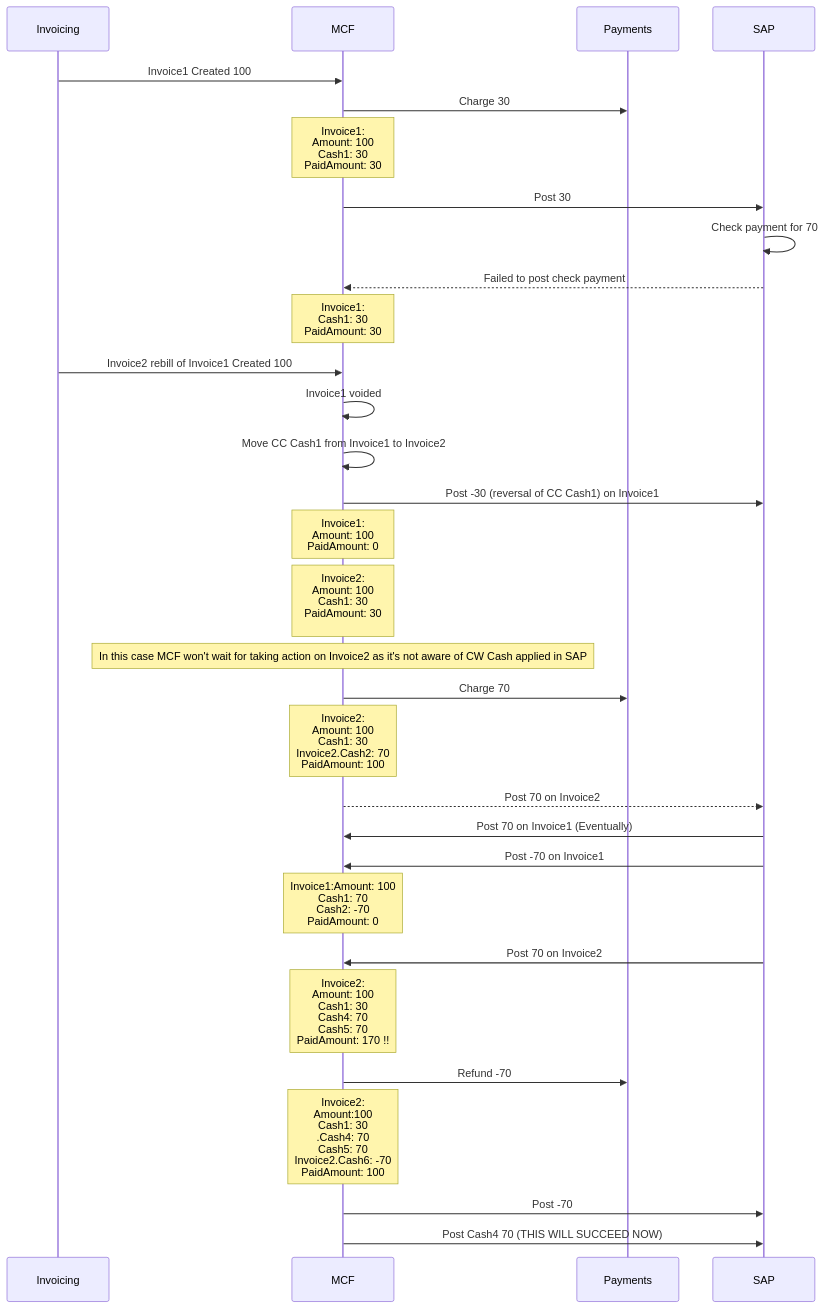
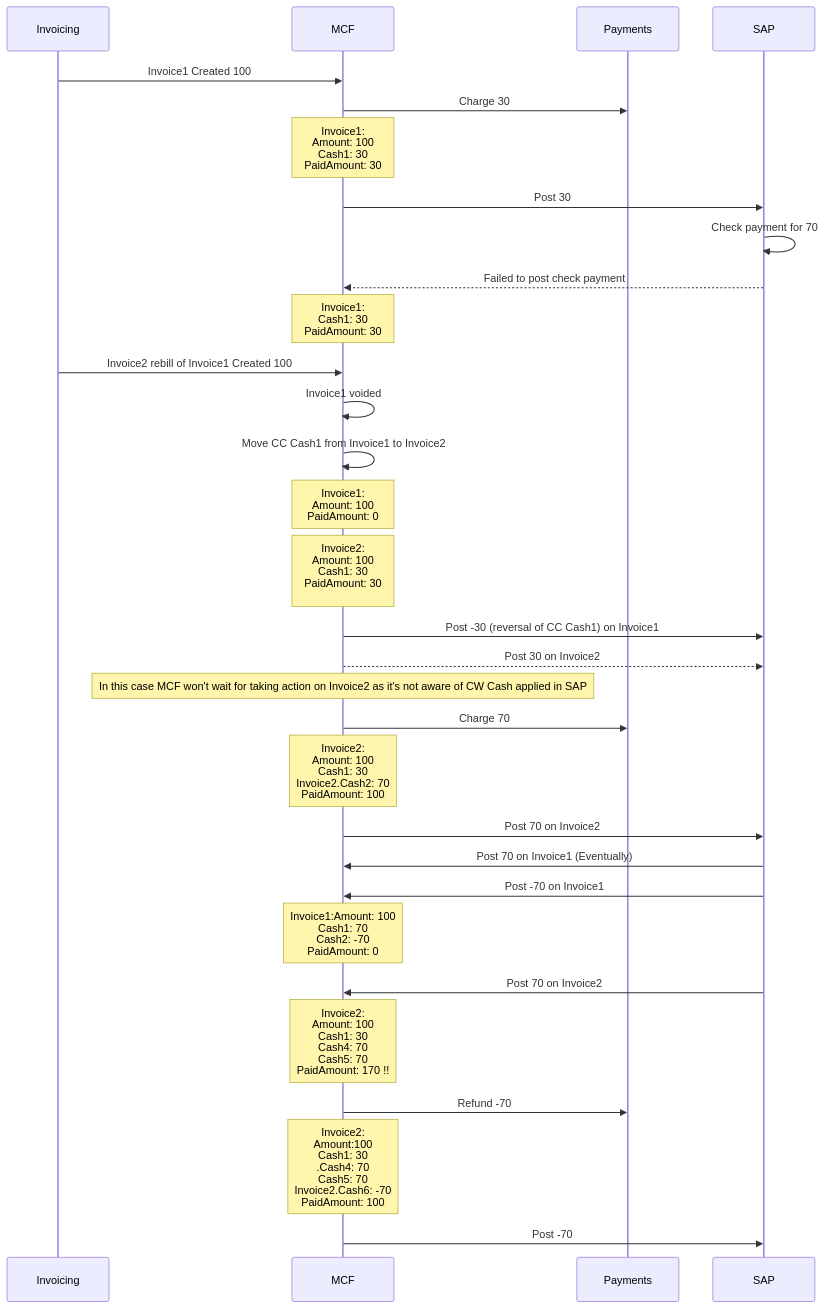
One commit to vikramsinha/test1 changed diagram 13 of 13 in MCF-SAP Scenarios.md. Above: the diagram before and after it, drawn with Mermaid.

Commit message:
Update MCF-SAP Scenarios.md

````diff
--- a/MCF-SAP Scenarios.md
+++ b/MCF-SAP Scenarios.md
@@ -279,35 +279,35 @@
 ```mermaid
 %%{init: {'theme': 'default'} }%%
 sequenceDiagram
     participant Invoicing
     participant MCF
     participant Payments
     participant SAP
     Invoicing->>MCF: Invoice1 Created 100
     MCF->>Payments: Charge 30
     Note over MCF: Invoice1:<br/>Amount: 100<br/>Cash1: 30<br/>PaidAmount: 30
     MCF->>SAP: Post 30
     SAP->>SAP: Check payment for 70
     SAP-->>MCF: Failed to post check payment
     Note over MCF: Invoice1:<br/>Cash1: 30<br/>PaidAmount: 30
     Invoicing->>MCF: Invoice2 rebill of Invoice1 Created 100
     MCF->>MCF: Invoice1 voided    
     MCF->>MCF: Move CC Cash1 from Invoice1 to Invoice2
-    MCF->>SAP: Post -30 (reversal of CC Cash1) on Invoice1
     Note over MCF: Invoice1:<br/>Amount: 100<br/>PaidAmount: 0
     Note over MCF: Invoice2:<br/>Amount: 100<br/>Cash1: 30<br/>PaidAmount: 30<br/>
+    MCF->>SAP: Post -30 (reversal of CC Cash1) on Invoice1
+    MCF-->>SAP: Post 30 on Invoice2
     Note over MCF: In this case MCF won't wait for taking action on Invoice2 as it's not aware of CW Cash applied in SAP
     MCF->>Payments: Charge 70
     Note over MCF: Invoice2:<br/>Amount: 100<br/>Cash1: 30<br/>Invoice2.Cash2: 70<br/>PaidAmount: 100
-    MCF-->>SAP: Post 70 on Invoice2
+    MCF->>SAP: Post 70 on Invoice2
     SAP->>MCF: Post 70 on Invoice1 (Eventually)
     SAP->>MCF: Post -70 on Invoice1
     Note over MCF: Invoice1:Amount: 100<br/>Cash1: 70<br/>Cash2: -70<br/>PaidAmount: 0
     SAP->>MCF: Post 70 on Invoice2
     Note over MCF: Invoice2:<br/>Amount: 100<br/>Cash1: 30<br/>Cash4: 70<br/>Cash5: 70<br/>PaidAmount: 170 !!
     MCF->>Payments: Refund -70
     Note over MCF: Invoice2:<br/>Amount:100<br/>Cash1: 30<br/>.Cash4: 70<br/>Cash5: 70<br/>Invoice2.Cash6: -70<br/>PaidAmount: 100
     MCF->>SAP: Post -70
-    MCF->>SAP: Post Cash4 70 (THIS WILL SUCCEED NOW)
     
 ```
````
